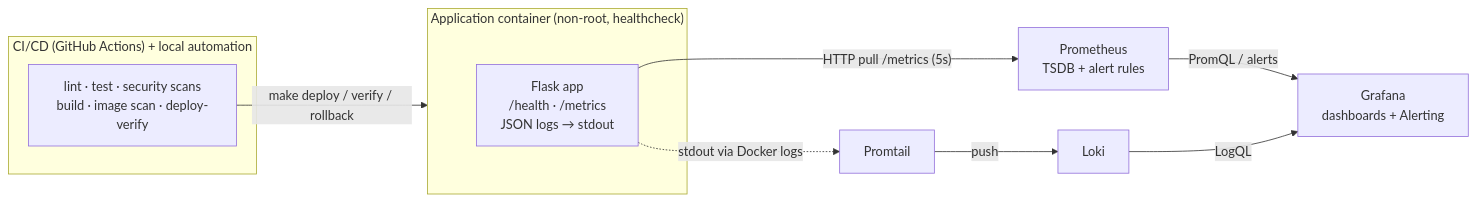
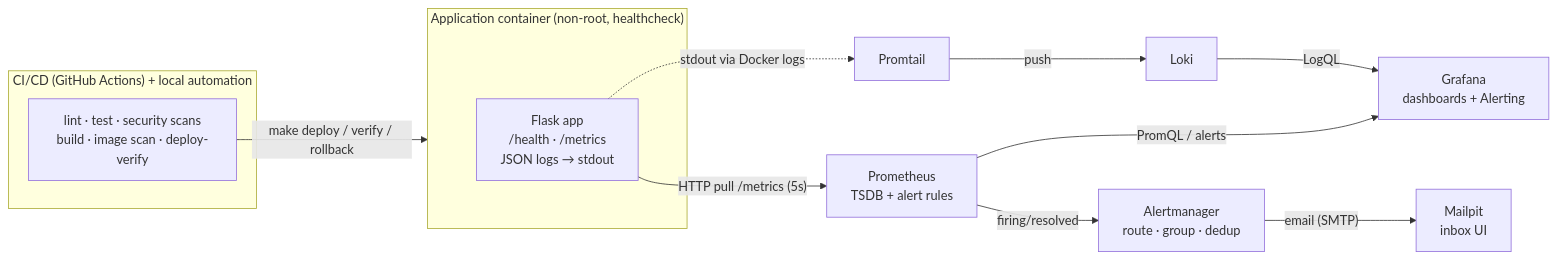
One commit to Revaz-Goguadze/devops-final changed the diagram in README.md. Above: the diagram before and after it, drawn with Mermaid. The commit also changed other lines of this file and 8 other files, not shown here.

First line of the commit message:
feat: alertmanager+mailpit notification path, pinned scanner versions, dev-deps audit

````diff
--- a/README.md
+++ b/README.md
@@ -63,18 +65,20 @@
 ```mermaid
 flowchart LR
     subgraph app_box["Application container (non-root, healthcheck)"]
         APP["Flask app<br/>/health · /metrics<br/>JSON logs → stdout"]
     end
 
     APP -- "HTTP pull /metrics (5s)" --> PROM["Prometheus<br/>TSDB + alert rules"]
     APP -. "stdout via Docker logs" .-> PT["Promtail"]
     PT -- "push" --> LOKI["Loki"]
 
     PROM -- "PromQL / alerts" --> GRAF["Grafana<br/>dashboards + Alerting"]
     LOKI -- "LogQL" --> GRAF
+    PROM -- "firing/resolved" --> AM["Alertmanager<br/>route · group · dedup"]
+    AM -- "email (SMTP)" --> MP["Mailpit<br/>inbox UI"]
 
     subgraph cicd["CI/CD (GitHub Actions) + local automation"]
         CI["lint · test · security scans<br/>build · image scan · deploy-verify"]
     end
     CI -- "make deploy / verify / rollback" --> app_box
 ```
````
